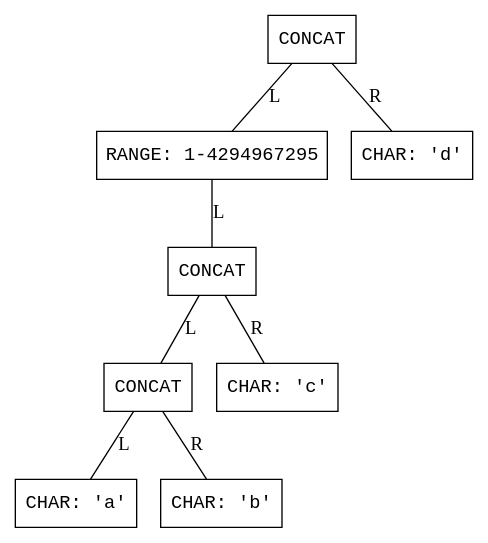
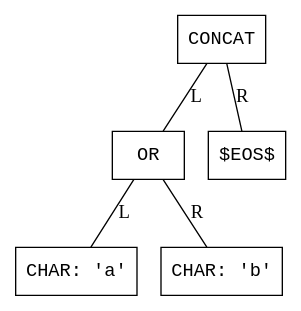
The diagram in 2/ast.dot (HotHeadd/automata25_mephi), drawn with Graphviz before and after one commit. The commit also changed 8 other files, not shown here.

```diff
--- a/2/ast.dot
+++ b/2/ast.dot
@@ -1,20 +1,14 @@
 digraph AST {
   node [shape=box, fontname="Courier"];
   edge [arrowhead=none];
 
   0 [label="CONCAT"];
-  1 [label="RANGE: 1-4294967295"];
-  2 [label="CONCAT"];
-  3 [label="CONCAT"];
-  4 [label="CHAR: 'a'"];
-  3 -> 4 [label="L"];
-  5 [label="CHAR: 'b'"];
-  3 -> 5 [label="R"];
-  2 -> 3 [label="L"];
-  6 [label="CHAR: 'c'"];
-  2 -> 6 [label="R"];
+  1 [label="OR"];
+  2 [label="CHAR: 'a'"];
   1 -> 2 [label="L"];
+  3 [label="CHAR: 'b'"];
+  1 -> 3 [label="R"];
   0 -> 1 [label="L"];
-  7 [label="CHAR: 'd'"];
-  0 -> 7 [label="R"];
+  4 [label="$EOS$"];
+  0 -> 4 [label="R"];
 }
```
